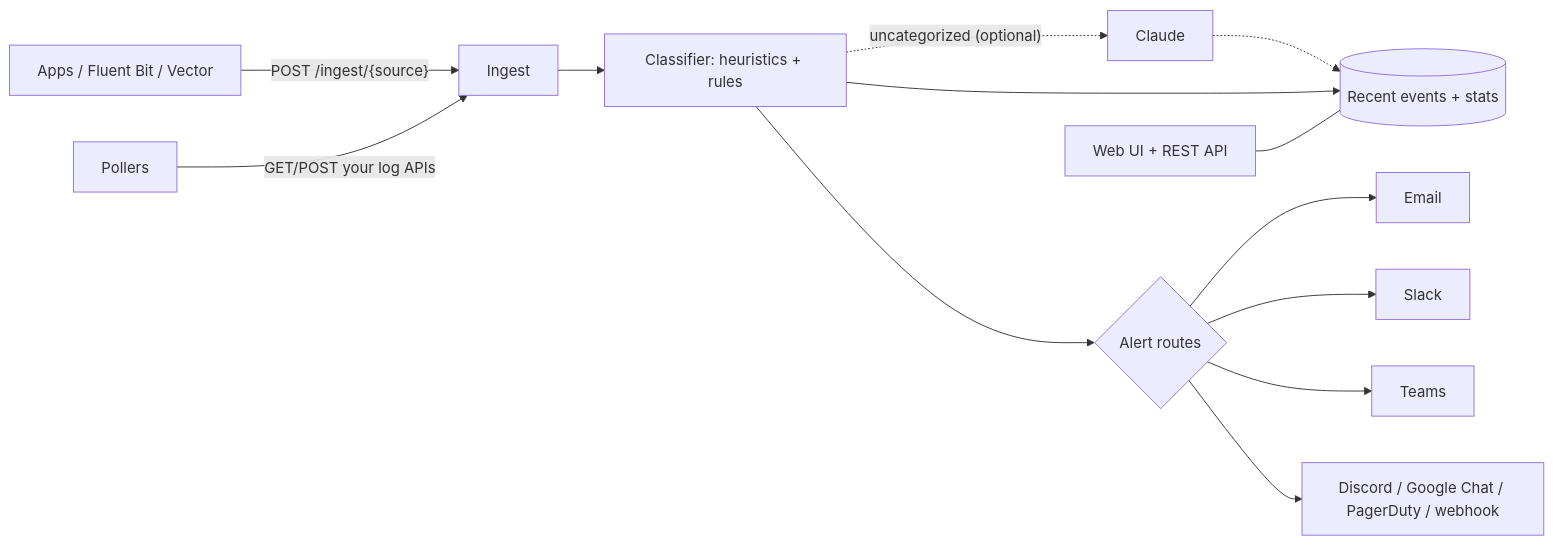
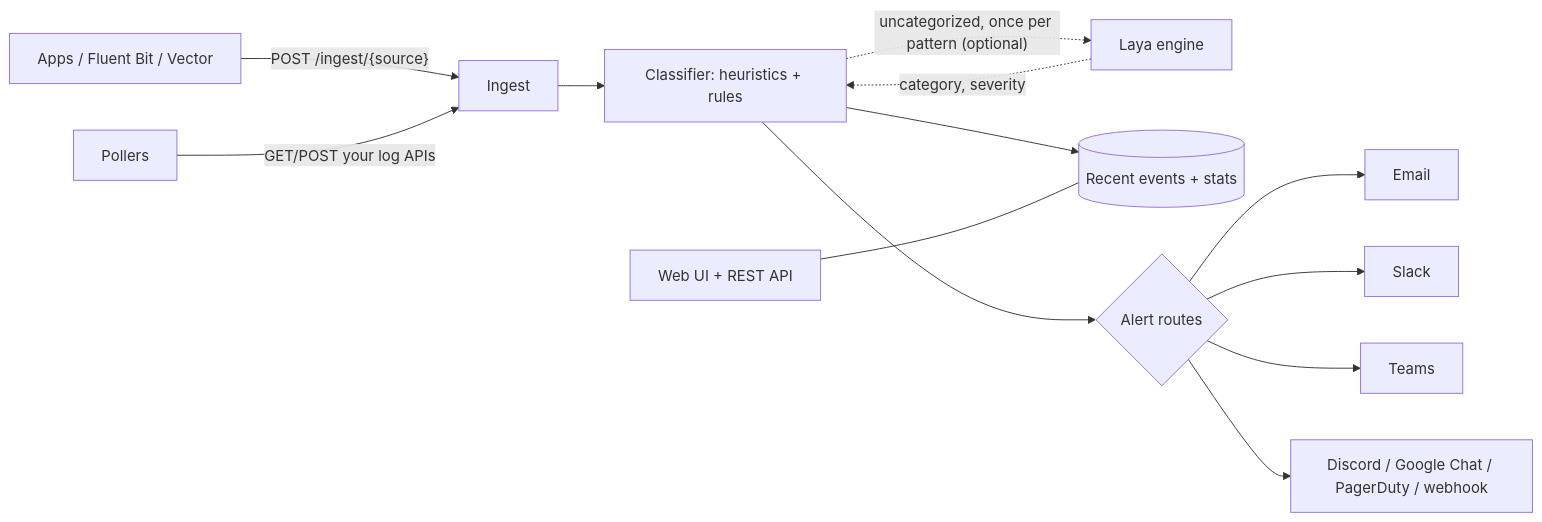
Before and after one commit to vipinmohan22/lissandra: the diagram in README.md, drawn with Mermaid. The commit also changed other lines of this file and 10 other files, not shown here.

````diff
--- a/README.md
+++ b/README.md
@@ -11,15 +11,15 @@
 ```mermaid
 flowchart LR
   A[Apps / Fluent Bit / Vector] -- "POST /ingest/{source}" --> I[Ingest]
   P[Pollers] -- "GET/POST your log APIs" --> I
   I --> C[Classifier: heuristics + rules]
-  C -. "uncategorized (optional)" .-> AI[Claude]
-  AI -.-> S
+  C -. "uncategorized, once per pattern (optional)" .-> E[Laya engine]
+  E -. "category, severity" .-> C
   C --> S[(Recent events + stats)]
   C --> R{Alert routes}
   R --> N1[Email]
   R --> N2[Slack]
   R --> N3[Teams]
   R --> N4[Discord / Google Chat / PagerDuty / webhook]
   UI[Web UI + REST API] --- S
 ```
````
